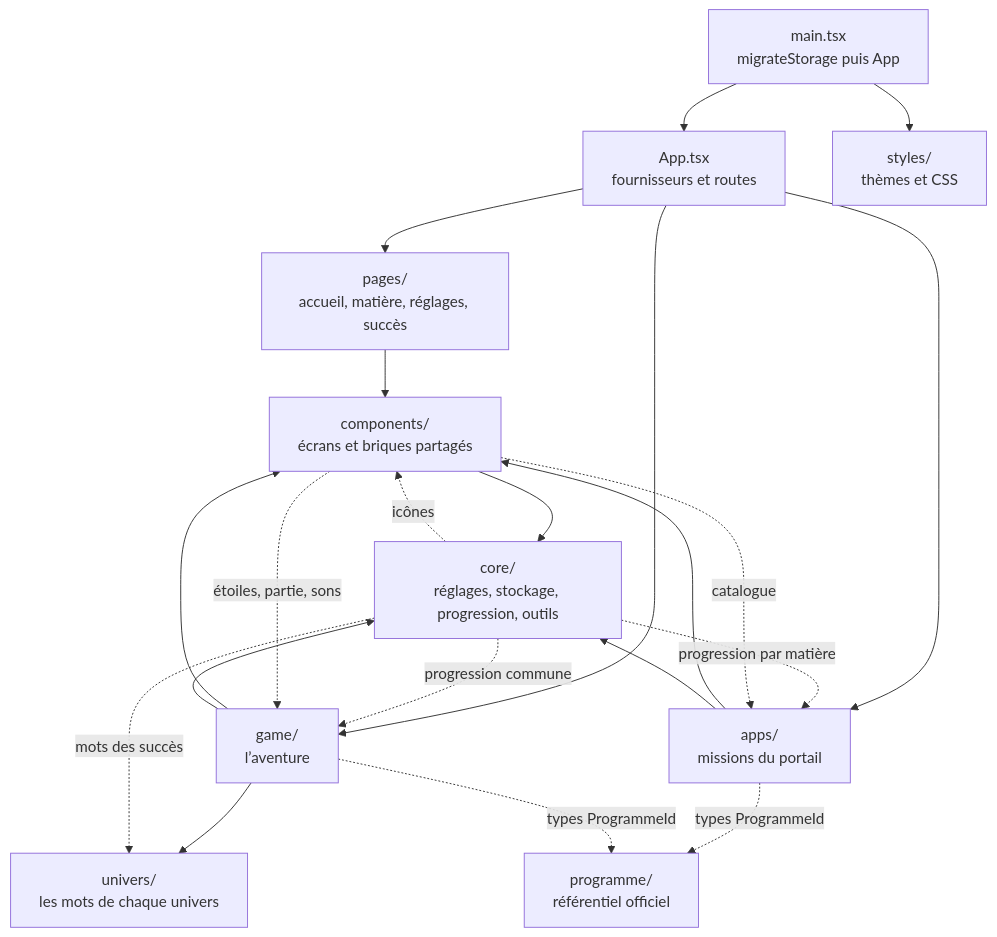
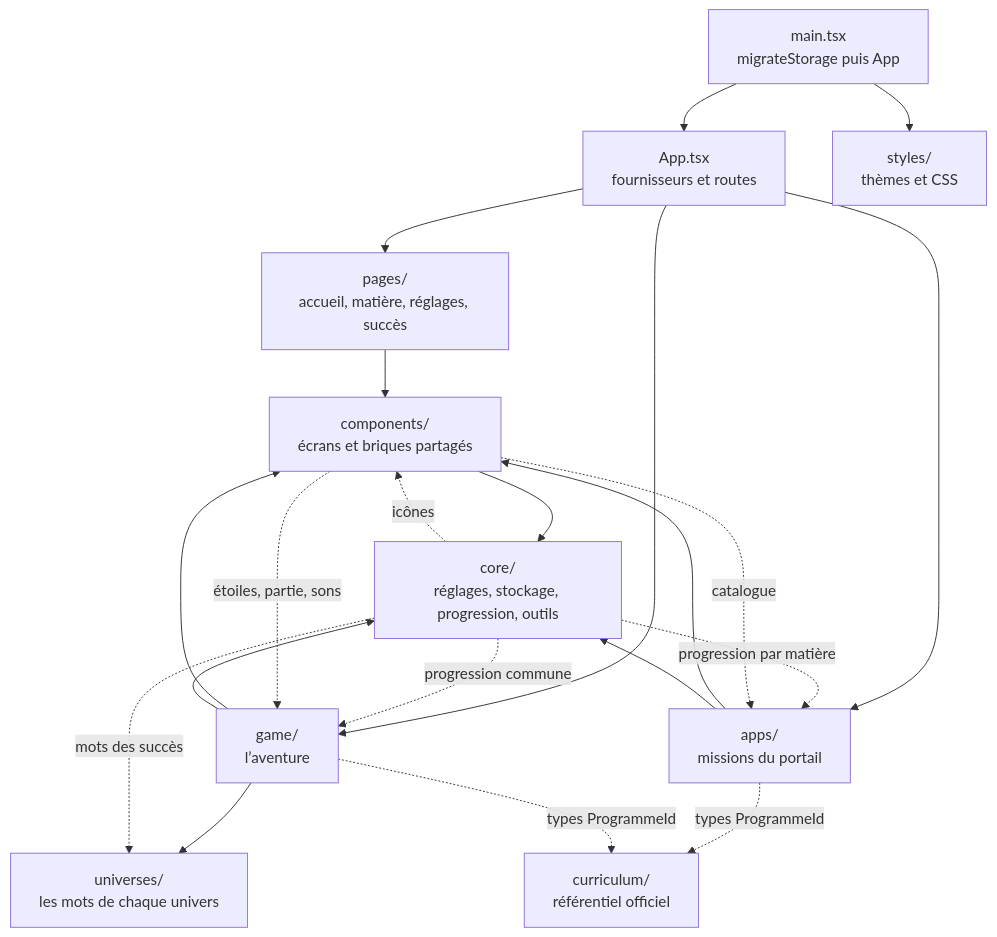
One commit to g7ed6e/dysapps changed the second of 4 diagrams in docs/architecture/index.md. Above: the diagram before and after it, drawn with Mermaid. The commit also changed other lines of this file and 74 other files, not shown here.

````diff
--- a/docs/architecture/index.md
+++ b/docs/architecture/index.md
@@ -38,23 +38,23 @@
 ```mermaid
 flowchart TD
   main[main.tsx<br/>migrateStorage puis App] --> App[App.tsx<br/>fournisseurs et routes]
   App --> pages[pages/<br/>accueil, matière, réglages, succès]
   App --> game[game/<br/>l’aventure]
   App --> apps[apps/<br/>missions du portail]
   pages --> components[components/<br/>écrans et briques partagés]
   apps --> components
   game --> components
-  game --> univers[univers/<br/>les mots de chaque univers]
+  game --> universes[universes/<br/>les mots de chaque univers]
   components --> core[core/<br/>réglages, stockage, progression, outils]
   game --> core
   apps --> core
   core -. progression commune .-> game
   core -. progression par matière .-> apps
   core -. icônes .-> components
-  core -. mots des succès .-> univers
+  core -. mots des succès .-> universes
   components -. étoiles, partie, sons .-> game
   components -. catalogue .-> apps
-  apps -. types ProgrammeId .-> programme[programme/<br/>référentiel officiel]
-  game -. types ProgrammeId .-> programme
+  apps -. types ProgrammeId .-> curriculum[curriculum/<br/>référentiel officiel]
+  game -. types ProgrammeId .-> curriculum
   main --> styles[styles/<br/>thèmes et CSS]
 ```
````
